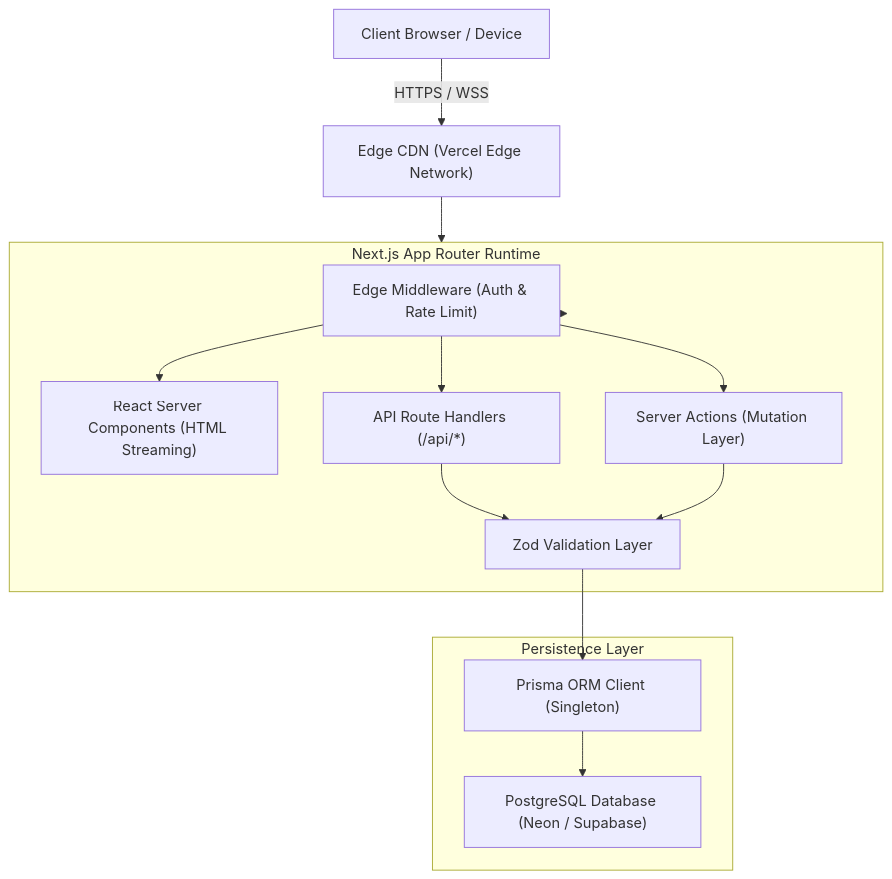
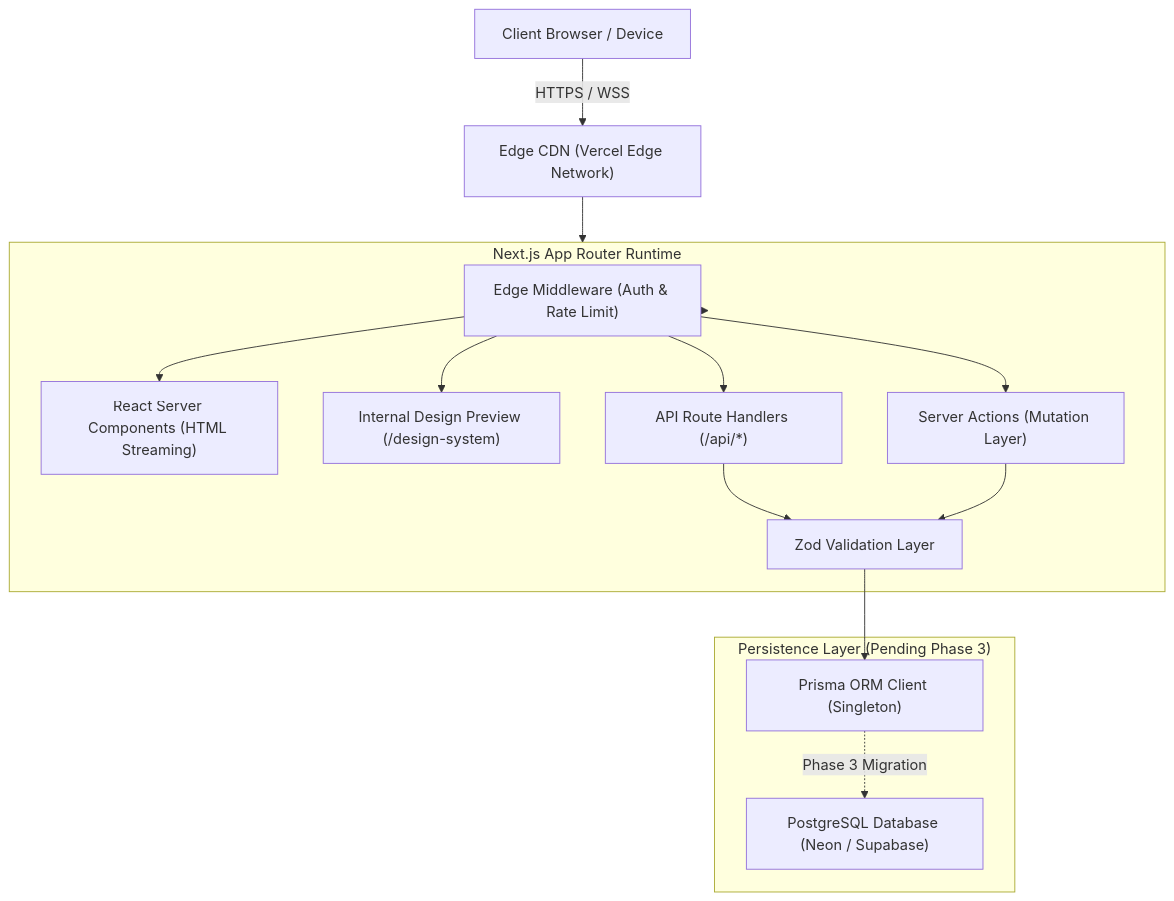
One commit to void-tech-shiv/Voidtechsolution changed the diagram in docs/ARCHITECTURE.md. Above: the diagram before and after it, drawn with Mermaid. The commit also changed other lines of this file and 24 other files, not shown here.

Commit message:
feat(phase-2): implement design system, brand tokens & reusable UI components

````diff
--- a/docs/ARCHITECTURE.md
+++ b/docs/ARCHITECTURE.md
@@ -6,29 +6,31 @@
 ```mermaid
 flowchart TD
     Client["Client Browser / Device"]
     CDN["Edge CDN (Vercel Edge Network)"]
     
     subgraph NextServer["Next.js App Router Runtime"]
         Middleware["Edge Middleware (Auth & Rate Limit)"]
         RSC["React Server Components (HTML Streaming)"]
+        DesignPreview["Internal Design Preview (/design-system)"]
         Routes["API Route Handlers (/api/*)"]
         Actions["Server Actions (Mutation Layer)"]
         Validation["Zod Validation Layer"]
     end
 
-    subgraph DataLayer["Persistence Layer"]
+    subgraph DataLayer["Persistence Layer (Pending Phase 3)"]
         PrismaClient["Prisma ORM Client (Singleton)"]
         Postgres["PostgreSQL Database (Neon / Supabase)"]
     end
 
     Client -->|HTTPS / WSS| CDN
     CDN --> NextServer
     NextServer --> Middleware
     Middleware --> RSC
+    Middleware --> DesignPreview
     Middleware --> Routes
     Middleware --> Actions
     Routes --> Validation
     Actions --> Validation
     Validation --> PrismaClient
-    PrismaClient --> Postgres
+    PrismaClient -.->|Phase 3 Migration| Postgres
 ```
````
